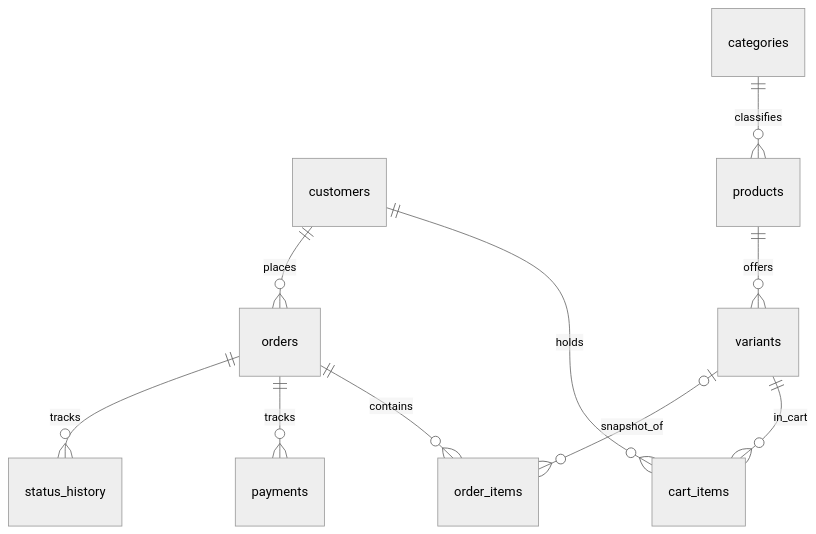
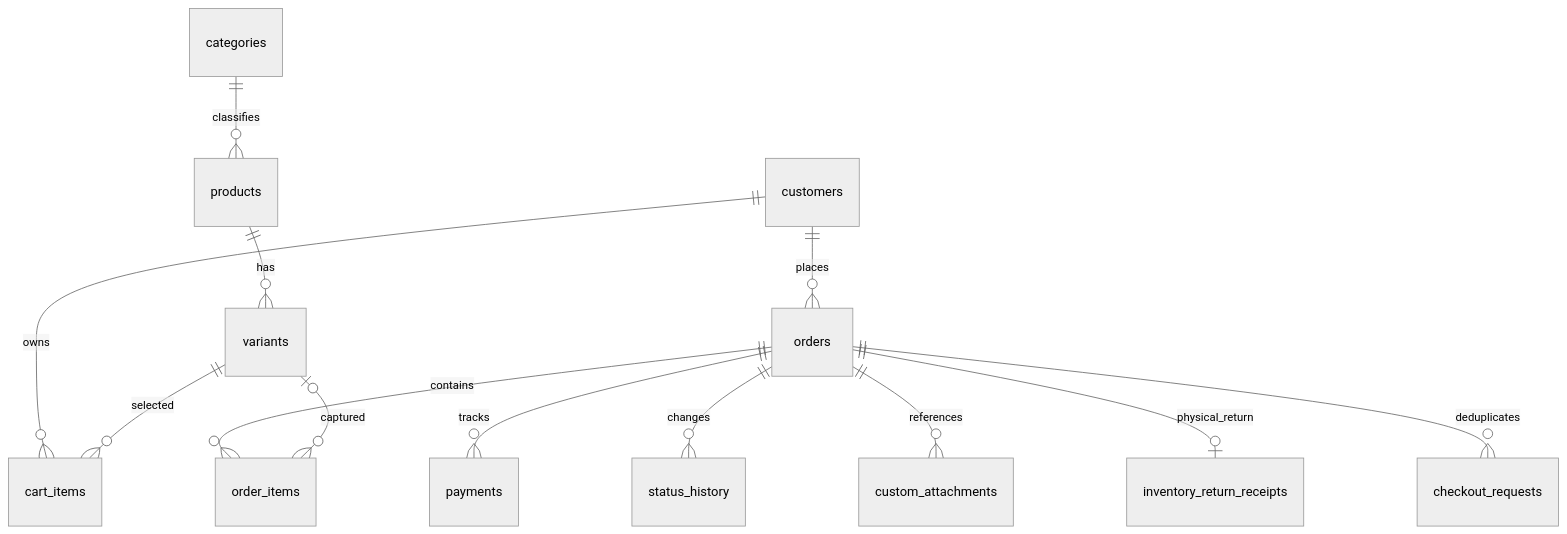
Before and after one commit to Ai-b0ss/atelier-telegram-shop: the diagram in docs/data-model.md, drawn with Mermaid (neutral theme). The commit also changed other lines of this file and 22 other files, not shown here.

````diff
--- a/docs/data-model.md
+++ b/docs/data-model.md
@@ -3,12 +6,15 @@
 ```mermaid
 erDiagram
-    customers ||--o{ cart_items : holds
-    customers ||--o{ orders : places
-    categories ||--o{ products : classifies
-    products ||--o{ variants : offers
-    variants ||--o{ cart_items : in_cart
-    orders ||--o{ order_items : contains
-    variants o|--o{ order_items : snapshot_of
-    orders ||--o{ payments : tracks
-    orders ||--o{ status_history : tracks
+ categories ||--o{ products : classifies
+ products ||--o{ variants : has
+ customers ||--o{ orders : places
+ customers ||--o{ cart_items : owns
+ variants ||--o{ cart_items : selected
+ orders ||--o{ order_items : contains
+ variants o|--o{ order_items : captured
+ orders ||--o{ payments : tracks
+ orders ||--o{ status_history : changes
+ orders ||--o{ custom_attachments : references
+ orders ||--o| inventory_return_receipts : physical_return
+ orders ||--o{ checkout_requests : deduplicates
 ```
````
